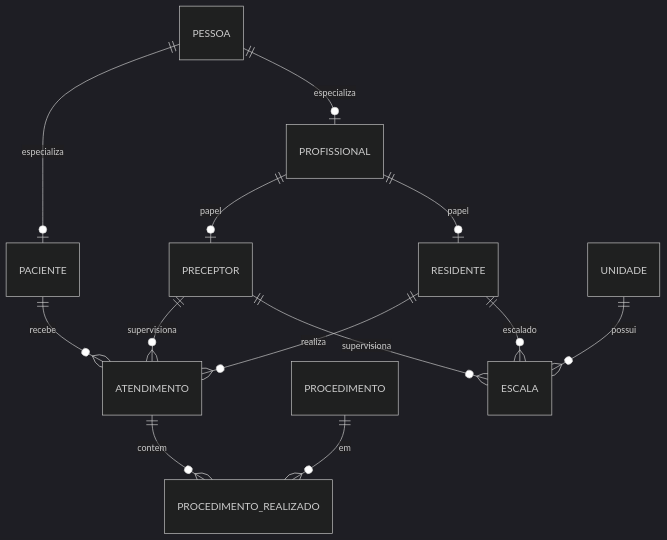
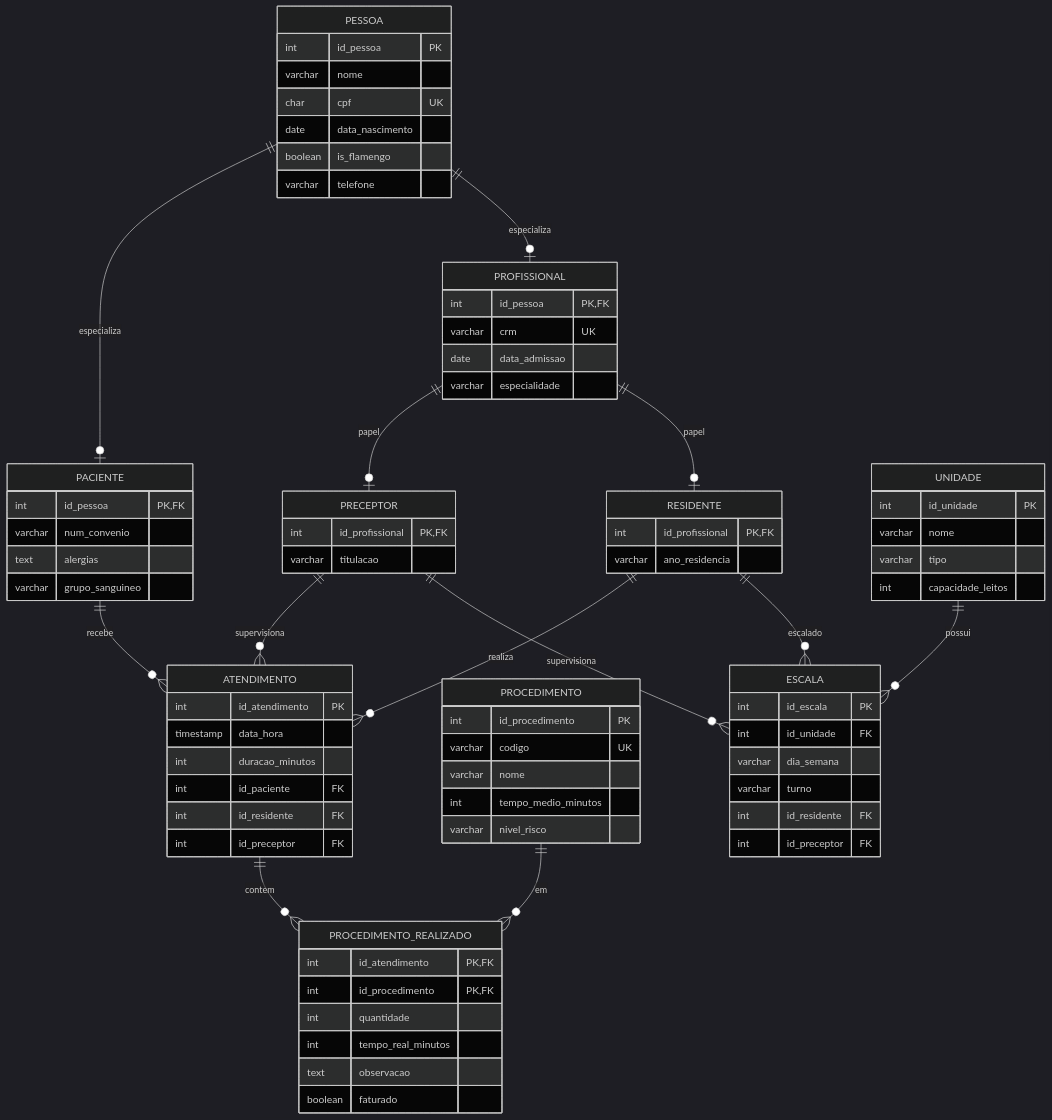
The diagram in modelagem.md (luigischmitt/projeto-bd), drawn with Mermaid (dark theme) before and after one commit. The commit also changed other lines of this file and 1 other file, not shown here.

````diff
--- a/modelagem.md
+++ b/modelagem.md
@@ -26,15 +114,81 @@
 ```mermaid
 erDiagram
+  PESSOA {
+    int id_pessoa PK
+    varchar nome
+    char cpf UK
+    date data_nascimento
+    boolean is_flamengo
+    varchar telefone
+  }
+  PACIENTE {
+    int id_pessoa PK, FK
+    varchar num_convenio
+    text alergias
+    varchar grupo_sanguineo
+  }
+  PROFISSIONAL {
+    int id_pessoa PK, FK
+    varchar crm UK
+    date data_admissao
+    varchar especialidade
+  }
+  PRECEPTOR {
+    int id_profissional PK, FK
+    varchar titulacao
+  }
+  RESIDENTE {
+    int id_profissional PK, FK
+    varchar ano_residencia
+  }
+  UNIDADE {
+    int id_unidade PK
+    varchar nome
+    varchar tipo
+    int capacidade_leitos
+  }
+  ATENDIMENTO {
+    int id_atendimento PK
+    timestamp data_hora
+    int duracao_minutos
+    int id_paciente FK
+    int id_residente FK
+    int id_preceptor FK
+  }
+  PROCEDIMENTO {
+    int id_procedimento PK
+    varchar codigo UK
+    varchar nome
+    int tempo_medio_minutos
+    varchar nivel_risco
+  }
+  PROCEDIMENTO_REALIZADO {
+    int id_atendimento PK, FK
+    int id_procedimento PK, FK
+    int quantidade
+    int tempo_real_minutos
+    text observacao
+    boolean faturado
+  }
+  ESCALA {
+    int id_escala PK
+    int id_unidade FK
+    varchar dia_semana
+    varchar turno
+    int id_residente FK
+    int id_preceptor FK
+  }
+
   PESSOA ||--o| PACIENTE : especializa
   PESSOA ||--o| PROFISSIONAL : especializa
   PROFISSIONAL ||--o| PRECEPTOR : papel
   PROFISSIONAL ||--o| RESIDENTE : papel
   PACIENTE ||--o{ ATENDIMENTO : recebe
   RESIDENTE ||--o{ ATENDIMENTO : realiza
   PRECEPTOR ||--o{ ATENDIMENTO : supervisiona
   ATENDIMENTO ||--o{ PROCEDIMENTO_REALIZADO : contem
   PROCEDIMENTO ||--o{ PROCEDIMENTO_REALIZADO : em
   UNIDADE ||--o{ ESCALA : possui
   RESIDENTE ||--o{ ESCALA : escalado
   PRECEPTOR ||--o{ ESCALA : supervisiona
 ```
````
